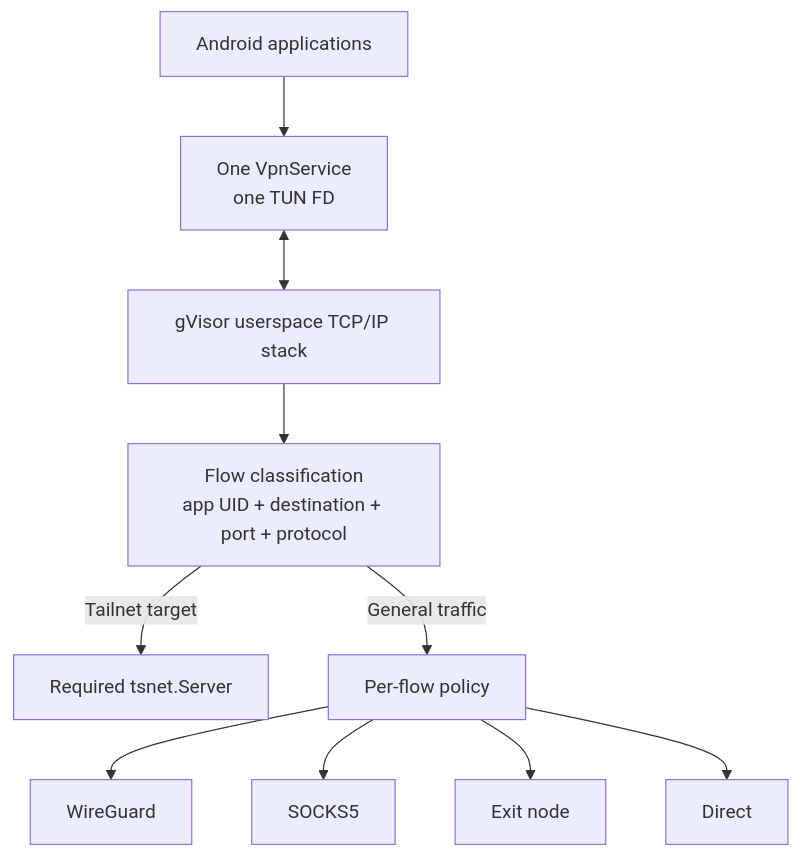
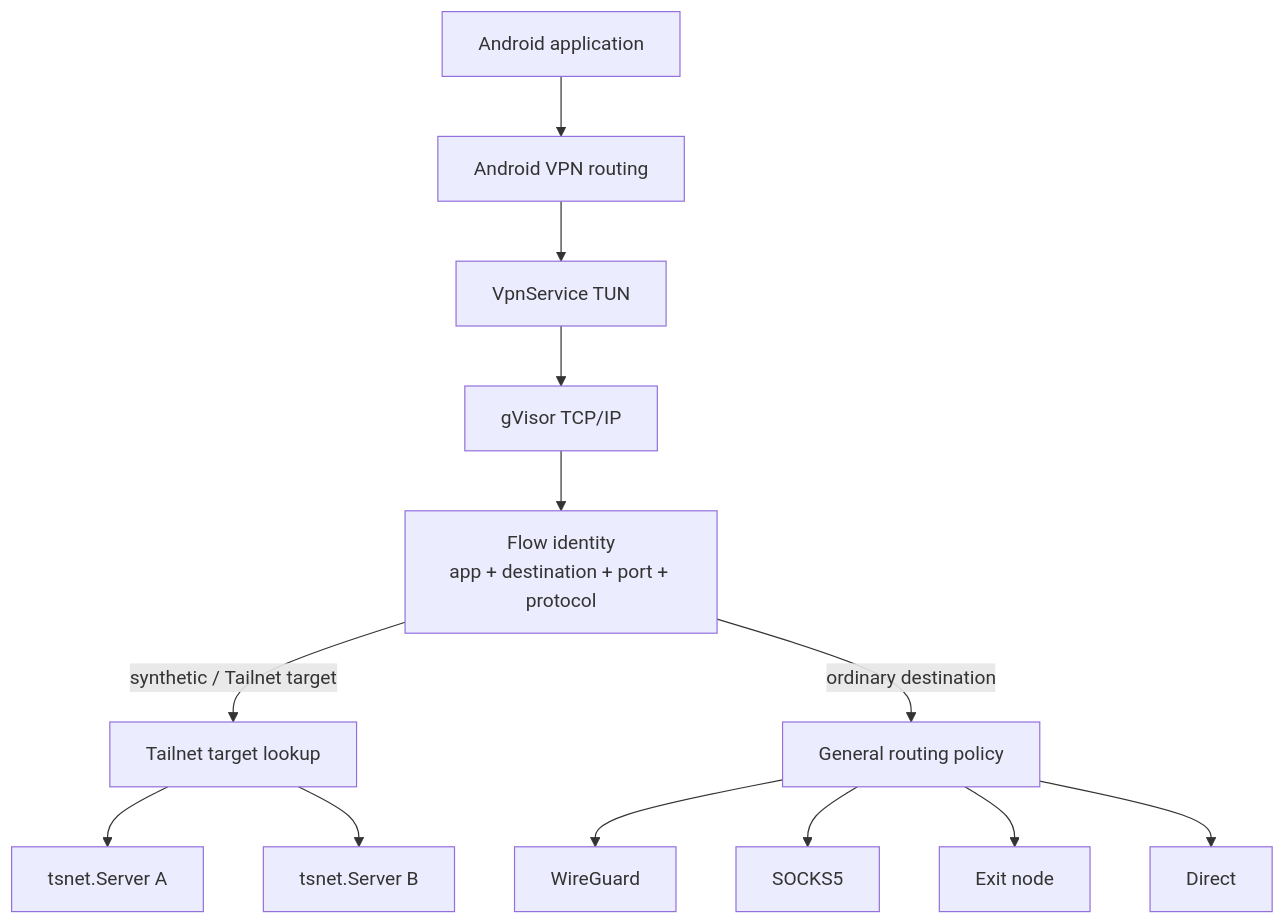
Before and after one commit to franticplant/tailmesh-android: the fourth of 4 diagrams in README.md, drawn with Mermaid. The commit also changed other lines of this file, not shown here.

````diff
--- a/README.md
+++ b/README.md
@@ -126,19 +253,22 @@
 ```mermaid
 flowchart TB
-    APPS["Android applications"]
-    FD["One VpnService<br/>one TUN FD"]
-    STACK["gVisor userspace TCP/IP stack"]
-    FLOW["Flow classification<br/>app UID + destination + port + protocol"]
+    APP["Android application"]
+    KERNEL["Android VPN routing"]
+    TUN["VpnService TUN"]
+    GVISOR["gVisor TCP/IP"]
+    FLOW["Flow identity<br/>app + destination + port + protocol"]
+    TARGET["Tailnet target lookup"]
+    POLICY["General routing policy"]
 
-    APPS --> FD
-    FD <--> STACK
-    STACK --> FLOW
+    APP --> KERNEL --> TUN --> GVISOR --> FLOW
+    FLOW -->|"synthetic / Tailnet target"| TARGET
+    FLOW -->|"ordinary destination"| POLICY
 
-    FLOW -->|"Tailnet target"| TA["Required tsnet.Server"]
-    FLOW -->|"General traffic"| POLICY["Per-flow policy"]
+    TARGET --> TS1["tsnet.Server A"]
+    TARGET --> TS2["tsnet.Server B"]
 
     POLICY --> WG["WireGuard"]
     POLICY --> SOCKS["SOCKS5"]
     POLICY --> EXIT["Exit node"]
     POLICY --> DIRECT["Direct"]
 ```
````
